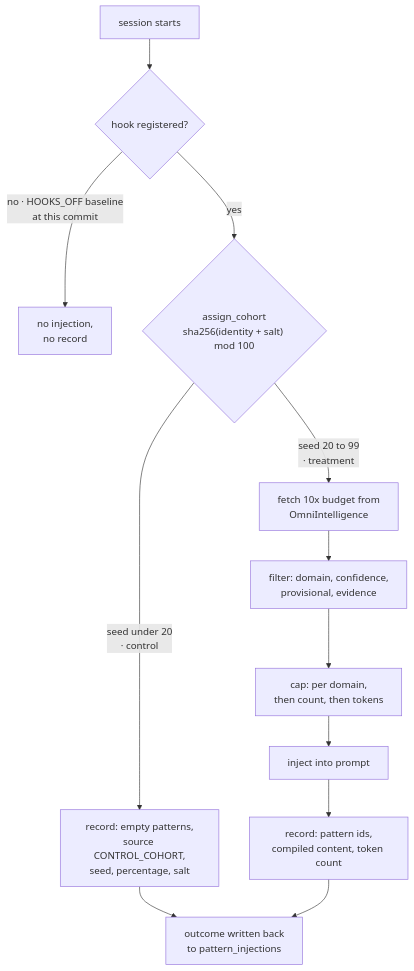
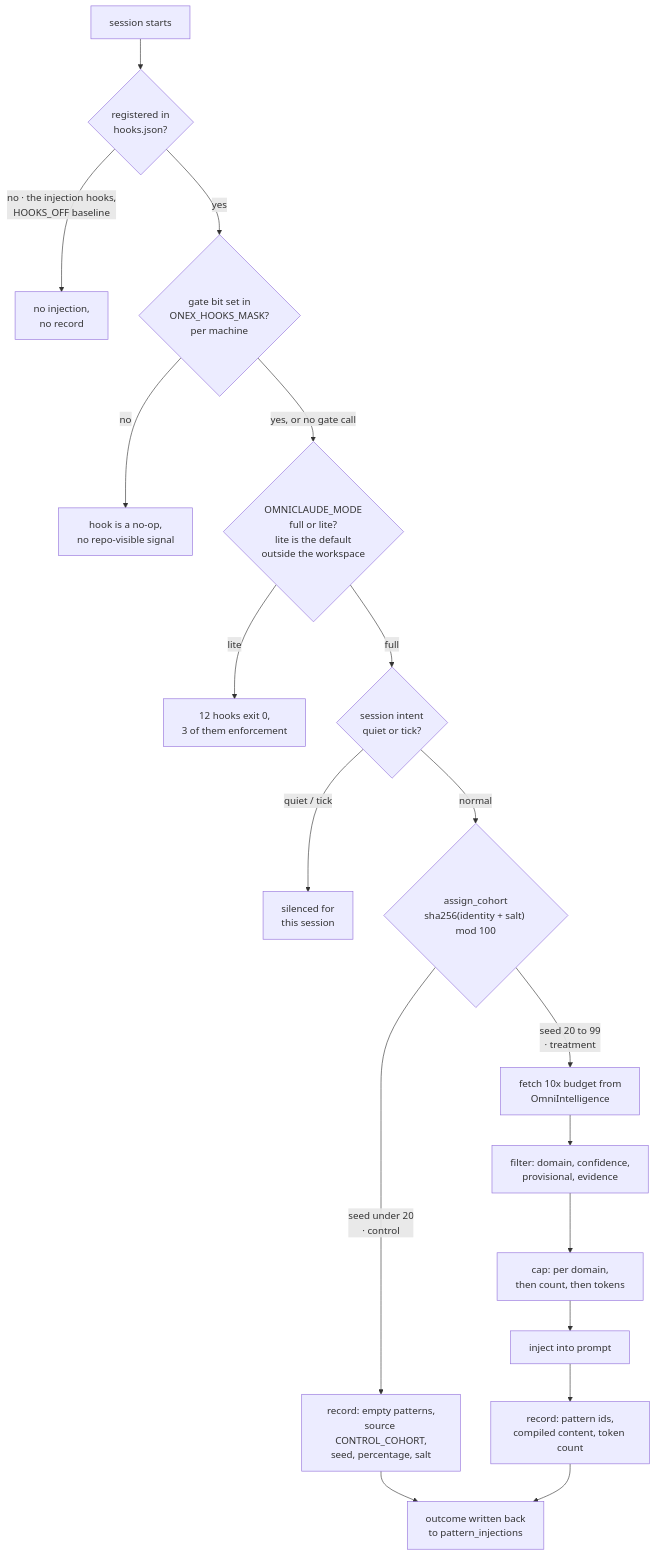
Before and after one commit to neoneye/agent-memory-atlas: the diagram in content/systems/omniclaude.md, drawn with Mermaid. The commit also changed other lines of this file and 18 other files, not shown here.

````diff
--- a/content/systems/omniclaude.md
+++ b/content/systems/omniclaude.md
@@ -61,15 +67,21 @@
 ```mermaid
-%% caption: a hashed cohort assignment sends a fifth of sessions down a control path that records an empty injection, so the treatment has something to be measured against
+%% caption: four independent gates decide whether a hook runs at all — registration in hooks.json, a bit in the per-machine ONEX_HOOKS_MASK, the mode that defaults to lite outside the operator's workspace, and the session's own intent — and only the first is visible to the repository; past them, a hashed cohort assignment sends a fifth of sessions down a control path that records an empty injection, so the treatment has something to be measured against
 flowchart TD
-  S["session starts"] --> H{"hook registered?"}
-  H -->|"no · HOOKS_OFF baseline<br/>at this commit"| Z["no injection,<br/>no record"]
-  H -->|yes| C{"assign_cohort<br/>sha256(identity + salt) mod 100"}
+  S["session starts"] --> H{"registered in<br/>hooks.json?"}
+  H -->|"no · the injection hooks,<br/>HOOKS_OFF baseline"| Z["no injection,<br/>no record"]
+  H -->|yes| M{"gate bit set in<br/>ONEX_HOOKS_MASK?<br/>per machine"}
+  M -->|no| Z2["hook is a no-op,<br/>no repo-visible signal"]
+  M -->|"yes, or no gate call"| MD{"OMNICLAUDE_MODE<br/>full or lite?<br/>lite is the default<br/>outside the workspace"}
+  MD -->|lite| Z3["12 hooks exit 0,<br/>3 of them enforcement"]
+  MD -->|full| IN{"session intent<br/>quiet or tick?"}
+  IN -->|quiet / tick| Z4["silenced for<br/>this session"]
+  IN -->|normal| C{"assign_cohort<br/>sha256(identity + salt) mod 100"}
   C -->|"seed under 20<br/>· control"| R1["record: empty patterns,<br/>source CONTROL_COHORT,<br/>seed, percentage, salt"]
   C -->|"seed 20 to 99<br/>· treatment"| F["fetch 10x budget from<br/>OmniIntelligence"]
   F --> FL["filter: domain, confidence,<br/>provisional, evidence"]
   FL --> CAP["cap: per domain,<br/>then count, then tokens"]
   CAP --> I["inject into prompt"]
   I --> R2["record: pattern ids,<br/>compiled content, token count"]
   R1 --> O["outcome written back<br/>to pattern_injections"]
   R2 --> O
 ```
````
